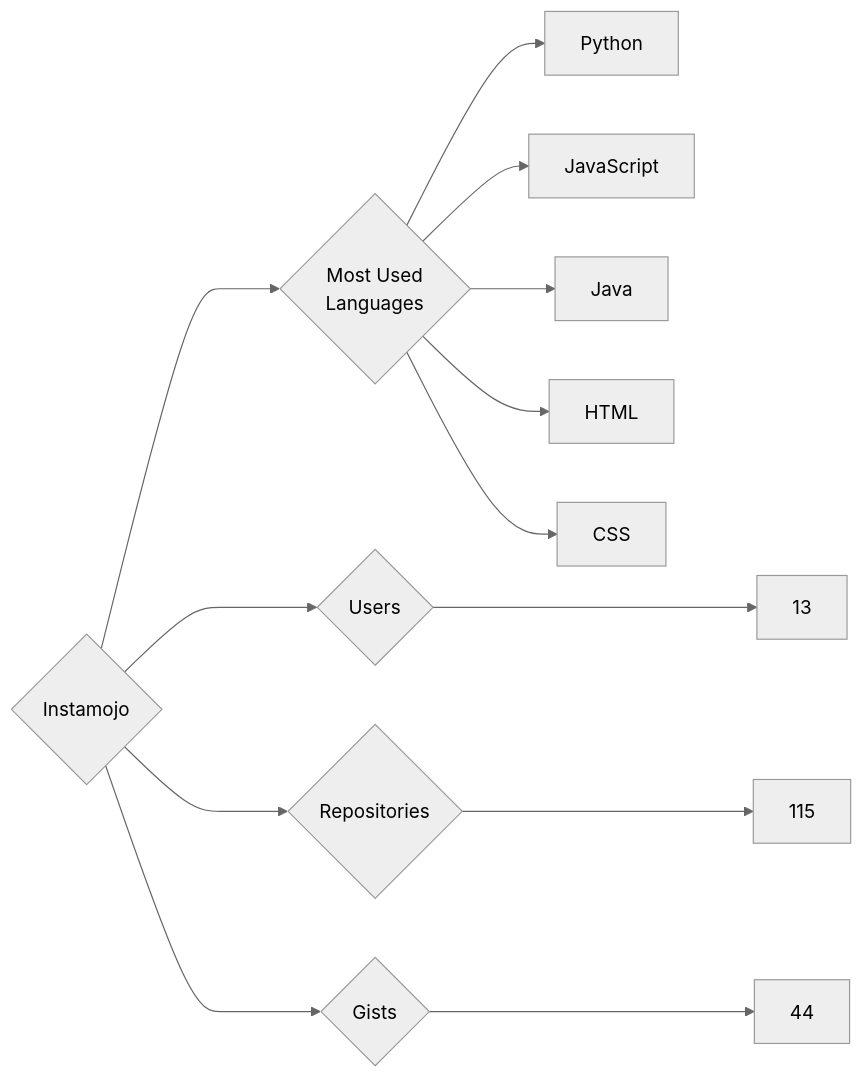
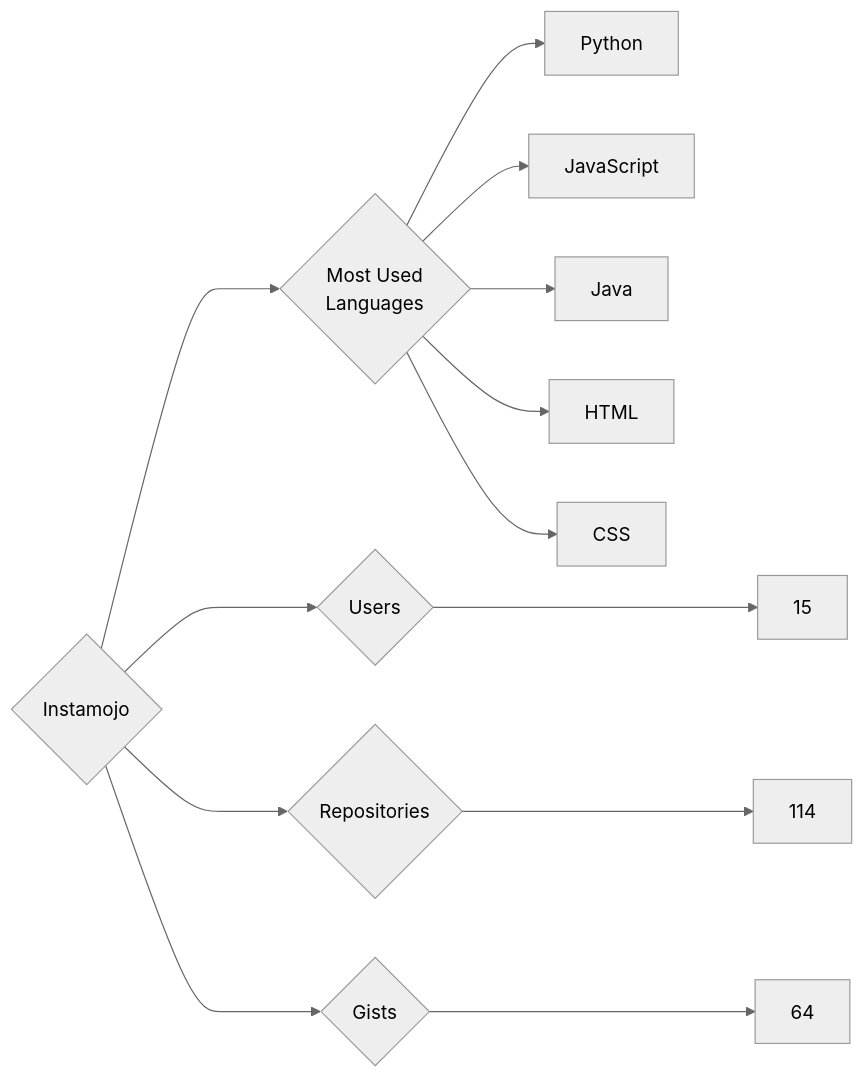
Before and after one commit to trickest/insiders: the diagram in targets/Instamojo/README.md, drawn with Mermaid (neutral theme). The commit also changed 870 other files, not shown here.

````diff
--- a/targets/Instamojo/README.md
+++ b/targets/Instamojo/README.md
@@ -3,13 +3,13 @@
 ```mermaid
 graph LR
 COMPANY_NAME{Instamojo}
-COMPANY_NAME ---> U{Users} ---> UN[13]
-COMPANY_NAME ---> R{Repositories} ---> RN[115]
-COMPANY_NAME ---> G{Gists} ---> GN[44]
+COMPANY_NAME ---> U{Users} ---> UN[15]
+COMPANY_NAME ---> R{Repositories} ---> RN[114]
+COMPANY_NAME ---> G{Gists} ---> GN[64]
 COMPANY_NAME ---> ML{Most Used<br>Languages}
 ML --> Python[Python]
 ML --> JavaScript[JavaScript]
 ML --> Java[Java]
 ML --> HTML[HTML]
 ML --> CSS[CSS]
 ```
````
